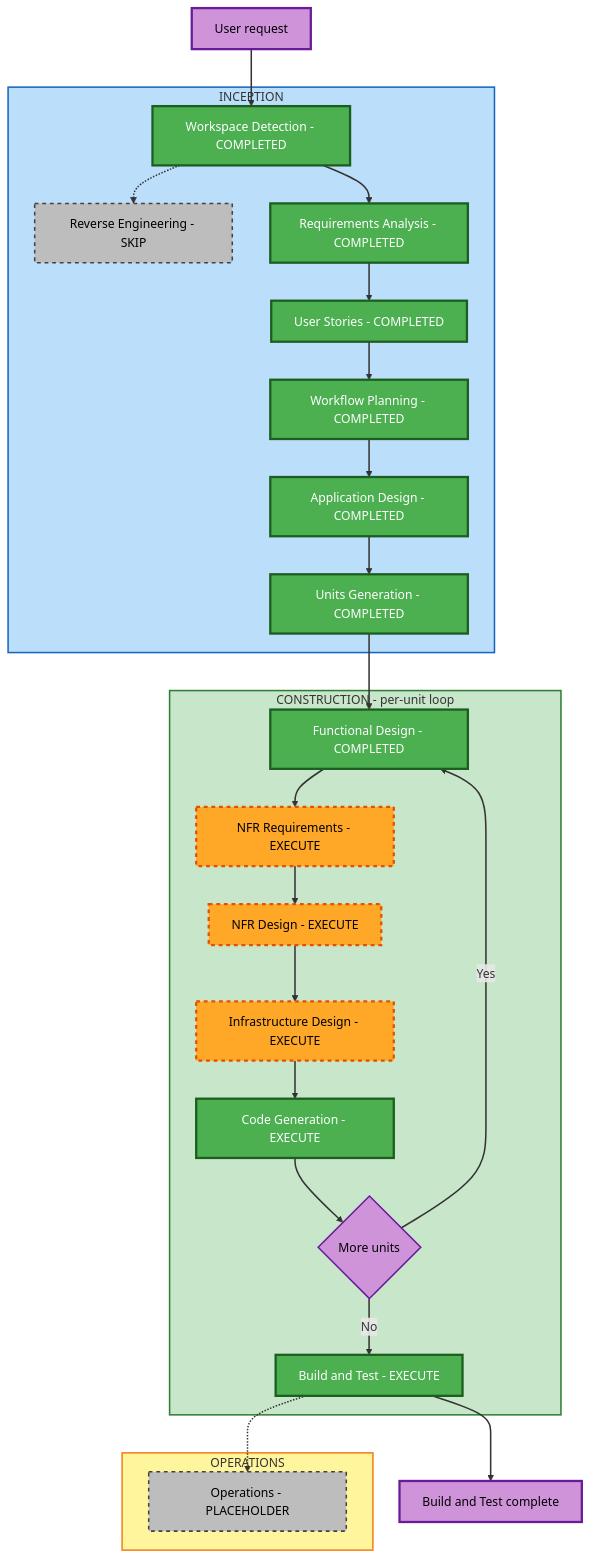
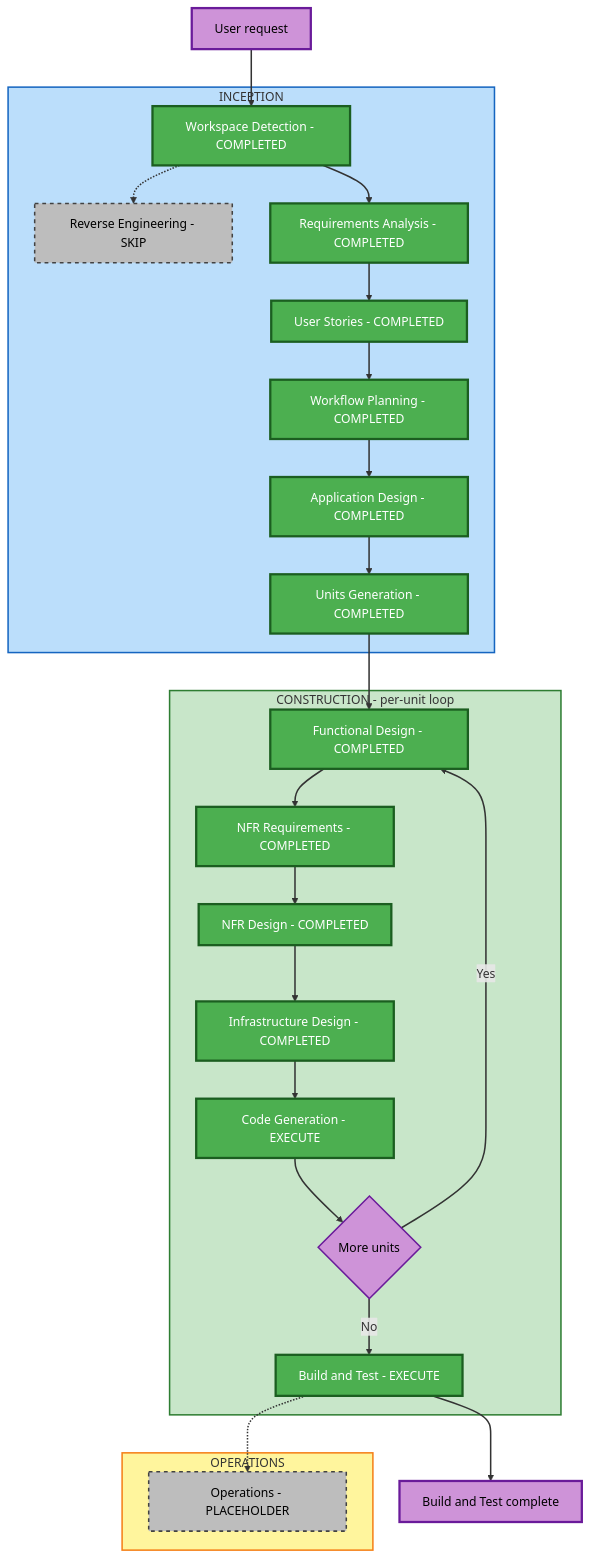
One commit to hjsg1010/vibe-zoo changed the diagram in aidlc-docs/inception/plans/execution-plan.md. Above: the diagram before and after it, drawn with Mermaid. The commit also changed other lines of this file and 99 other files, not shown here.

````diff
--- a/aidlc-docs/inception/plans/execution-plan.md
+++ b/aidlc-docs/inception/plans/execution-plan.md
@@ -91,64 +94,64 @@
 ```mermaid
 flowchart TD
     Start["User request"]
     subgraph INCEPTION["INCEPTION"]
         WD["Workspace Detection - COMPLETED"]
         RE["Reverse Engineering - SKIP"]
         RA["Requirements Analysis - COMPLETED"]
         US["User Stories - COMPLETED"]
         WP["Workflow Planning - COMPLETED"]
         AD["Application Design - COMPLETED"]
         UG["Units Generation - COMPLETED"]
     end
     subgraph CONSTRUCTION["CONSTRUCTION - per-unit loop"]
         FD["Functional Design - COMPLETED"]
-        NFRA["NFR Requirements - EXECUTE"]
-        NFRD["NFR Design - EXECUTE"]
-        ID["Infrastructure Design - EXECUTE"]
+        NFRA["NFR Requirements - COMPLETED"]
+        NFRD["NFR Design - COMPLETED"]
+        ID["Infrastructure Design - COMPLETED"]
         CG["Code Generation - EXECUTE"]
         More{"More units"}
         BT["Build and Test - EXECUTE"]
     end
     subgraph OPERATIONS["OPERATIONS"]
         OPS["Operations - PLACEHOLDER"]
     end
     Finish["Build and Test complete"]
     Start --> WD
     WD --> RA
     WD -.-> RE
     RA --> US
     US --> WP
     WP --> AD
     AD --> UG
     UG --> FD
     FD --> NFRA
     NFRA --> NFRD
     NFRD --> ID
     ID --> CG
     CG --> More
     More -->|Yes| FD
     More -->|No| BT
     BT --> Finish
     BT -.-> OPS
     style WD fill:#4CAF50,stroke:#1B5E20,stroke-width:3px,color:#fff
     style RA fill:#4CAF50,stroke:#1B5E20,stroke-width:3px,color:#fff
     style US fill:#4CAF50,stroke:#1B5E20,stroke-width:3px,color:#fff
     style WP fill:#4CAF50,stroke:#1B5E20,stroke-width:3px,color:#fff
     style CG fill:#4CAF50,stroke:#1B5E20,stroke-width:3px,color:#fff
     style BT fill:#4CAF50,stroke:#1B5E20,stroke-width:3px,color:#fff
     style AD fill:#4CAF50,stroke:#1B5E20,stroke-width:3px,color:#fff
     style UG fill:#4CAF50,stroke:#1B5E20,stroke-width:3px,color:#fff
     style FD fill:#4CAF50,stroke:#1B5E20,stroke-width:3px,color:#fff
-    style NFRA fill:#FFA726,stroke:#E65100,stroke-width:3px,stroke-dasharray:5 5,color:#000
-    style NFRD fill:#FFA726,stroke:#E65100,stroke-width:3px,stroke-dasharray:5 5,color:#000
-    style ID fill:#FFA726,stroke:#E65100,stroke-width:3px,stroke-dasharray:5 5,color:#000
+    style NFRA fill:#4CAF50,stroke:#1B5E20,stroke-width:3px,color:#fff
+    style NFRD fill:#4CAF50,stroke:#1B5E20,stroke-width:3px,color:#fff
+    style ID fill:#4CAF50,stroke:#1B5E20,stroke-width:3px,color:#fff
     style RE fill:#BDBDBD,stroke:#424242,stroke-width:2px,stroke-dasharray:5 5,color:#000
     style OPS fill:#BDBDBD,stroke:#424242,stroke-width:2px,stroke-dasharray:5 5,color:#000
     style Start fill:#CE93D8,stroke:#6A1B9A,stroke-width:3px,color:#000
     style Finish fill:#CE93D8,stroke:#6A1B9A,stroke-width:3px,color:#000
     style More fill:#CE93D8,stroke:#6A1B9A,stroke-width:2px,color:#000
     style INCEPTION fill:#BBDEFB,stroke:#1565C0,stroke-width:2px
     style CONSTRUCTION fill:#C8E6C9,stroke:#2E7D32,stroke-width:2px
     style OPERATIONS fill:#FFF59D,stroke:#F57F17,stroke-width:2px
     linkStyle default stroke:#333,stroke-width:2px
 ```
````
